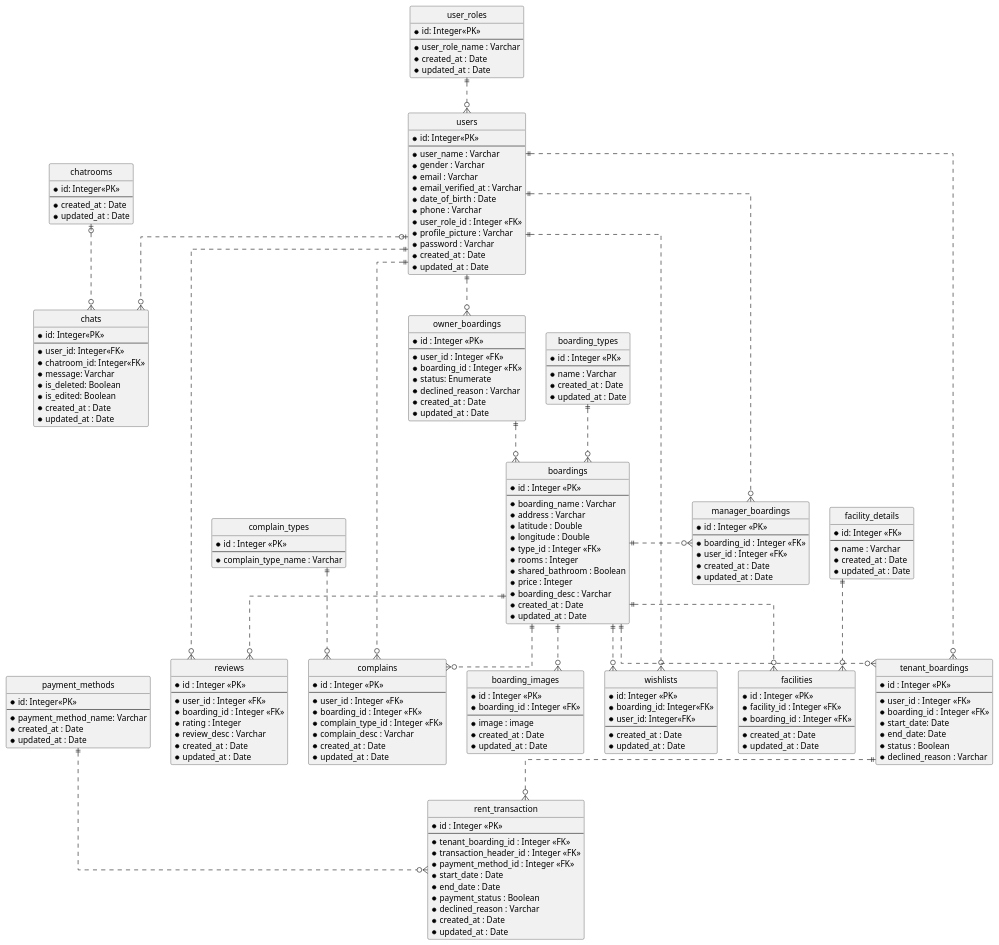
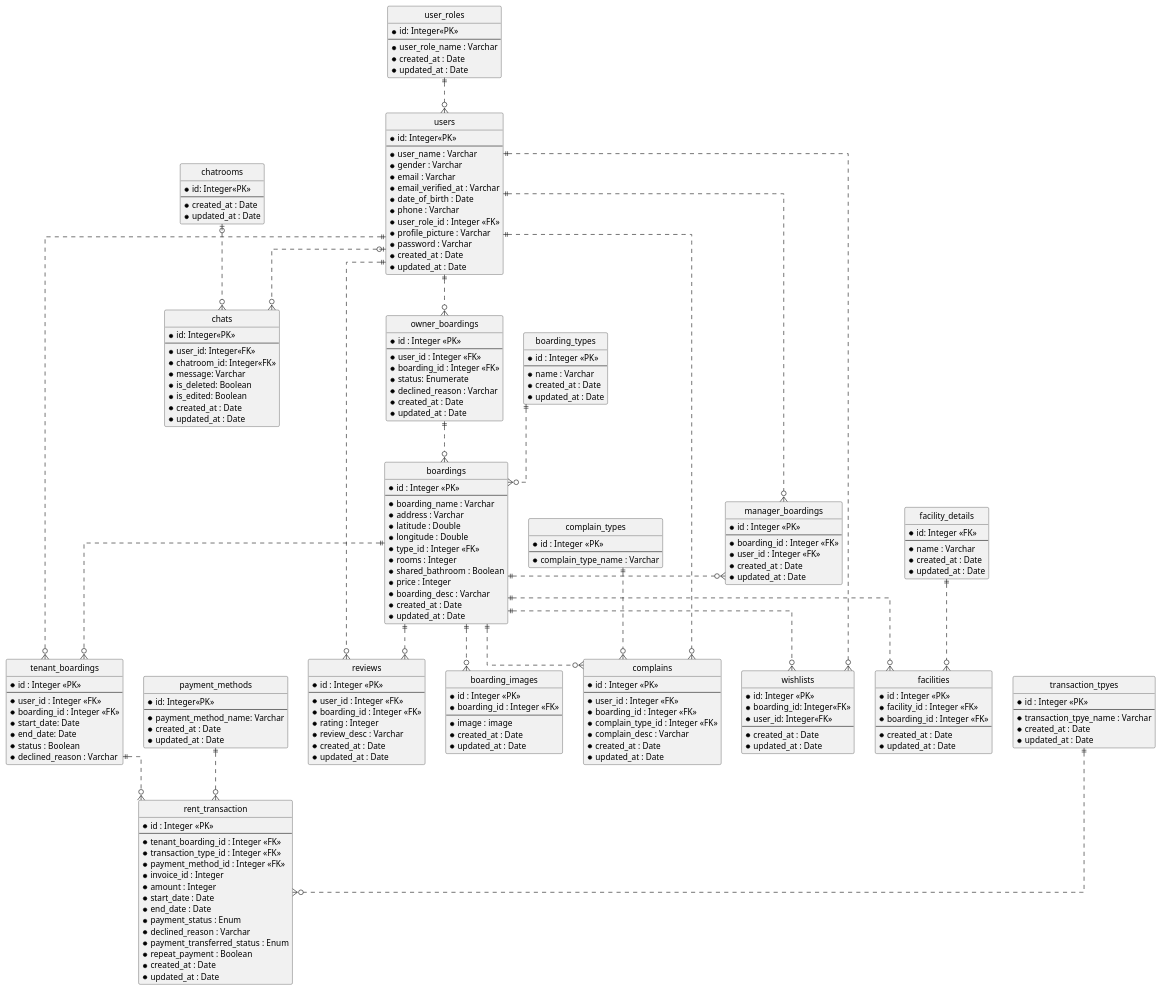
The diagram in Design/BHFMS_ERD.puml (AntWort21/BHFMS), drawn with PlantUML before and after one commit.

Commit message:
Update ERD

```diff
--- a/Design/BHFMS_ERD.puml
+++ b/Design/BHFMS_ERD.puml
@@ -95,12 +95,16 @@
   *id : Integer <<PK>>
   --
   *tenant_boarding_id : Integer <<FK>>
-  *transaction_header_id : Integer <<FK>> 
+  *transaction_type_id : Integer <<FK>> 
   *payment_method_id : Integer <<FK>>
+  *invoice_id : Integer
+  *amount : Integer
   *start_date : Date
   *end_date : Date
-  *payment_status : Boolean
+  *payment_status : Enum
   *declined_reason : Varchar
+  *payment_transferred_status : Enum
+  *repeat_payment : Boolean
   *created_at : Date
   *updated_at : Date
 }
@@ -199,6 +203,14 @@
   *updated_at : Date
 }
 
+entity "transaction_tpyes" as tt {
+  *id : Integer <<PK>>
+  --
+  *transaction_tpye_name : Varchar
+  *created_at : Date
+  *updated_at : Date
+}
+
 usrl ||..o{usr
 bh ||..o{ bhi
 bh ||..o{ f
@@ -209,6 +221,7 @@
 
 tb ||..o{ rt
 pymnt ||..o{ rt
+tt ||..o{rt
 
 usr ||..o{ lobh
 lobh ||..o{ bh
```
